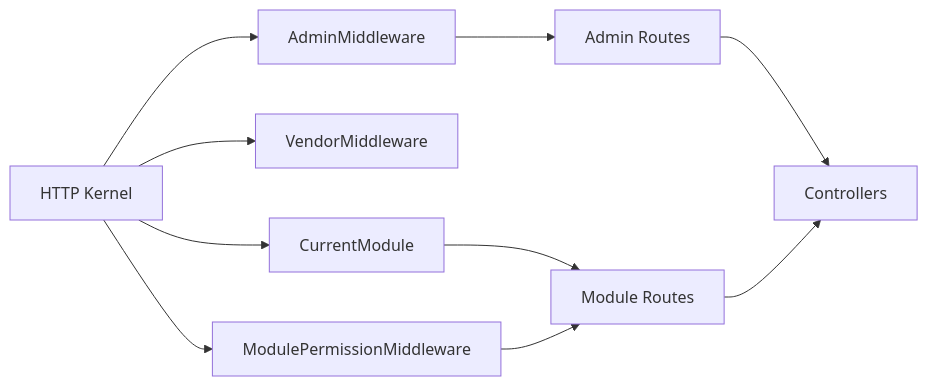
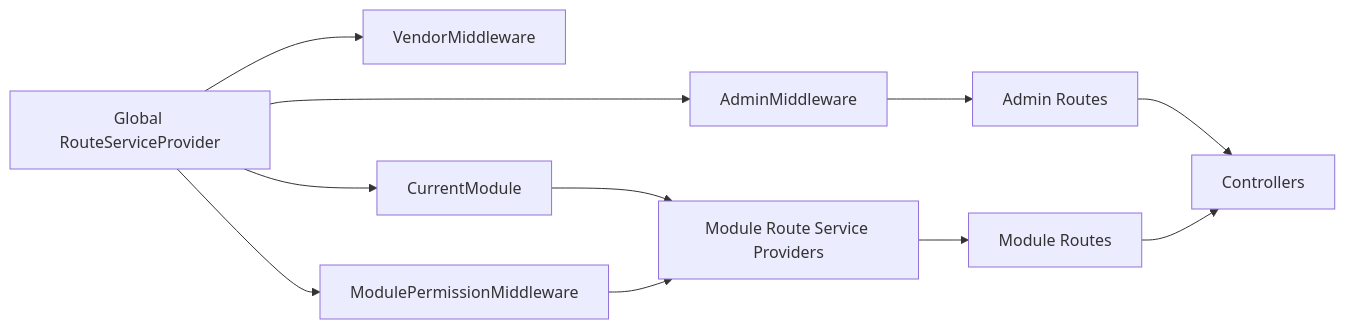
One commit to Hamdies/waddy_back changed the fourth of 4 diagrams in .qoder/repowiki/en/content/Module System/Routing and Middleware Integration.md. Above: the diagram before and after it, drawn with Mermaid. The commit also changed other lines of this file and 5 other files, not shown here.

````diff
--- a/.qoder/repowiki/en/content/Module System/Routing and Middleware Integration.md
+++ b/.qoder/repowiki/en/content/Module System/Routing and Middleware Integration.md
@@ -245,12 +340,13 @@
 ```mermaid
 graph LR
-Kernel["HTTP Kernel"] --> MW_Admin["AdminMiddleware"]
-Kernel --> MW_Vendor["VendorMiddleware"]
-Kernel --> MW_Module["ModulePermissionMiddleware"]
-Kernel --> MW_Current["CurrentModule"]
+GlobalRouteSP["Global RouteServiceProvider"] --> MW_Admin["AdminMiddleware"]
+GlobalRouteSP --> MW_Vendor["VendorMiddleware"]
+GlobalRouteSP --> MW_Module["ModulePermissionMiddleware"]
+GlobalRouteSP --> MW_Current["CurrentModule"]
 MW_Admin --> Routes_Admin["Admin Routes"]
-MW_Current --> Routes_Modules["Module Routes"]
-MW_Module --> Routes_Modules
+MW_Current --> ModuleRouteSP["Module Route Service Providers"]
+MW_Module --> ModuleRouteSP
+ModuleRouteSP --> Routes_Modules["Module Routes"]
 Routes_Admin --> Controllers["Controllers"]
 Routes_Modules --> Controllers
 ```
````
